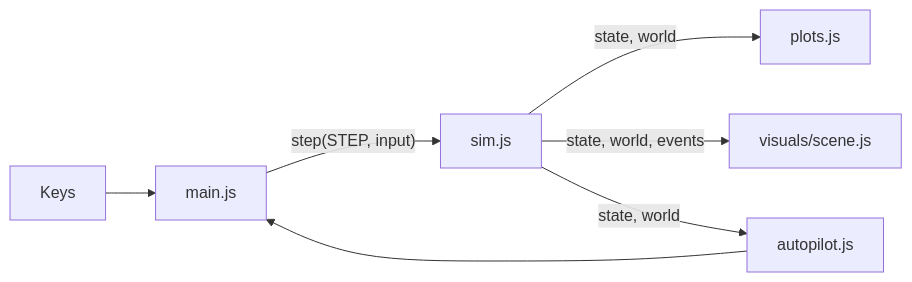
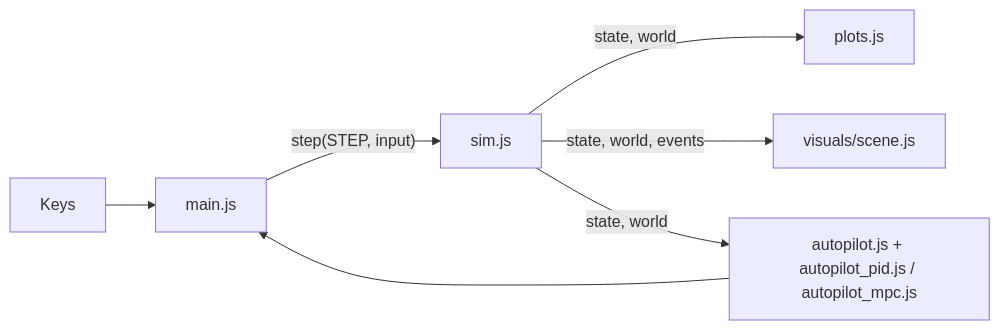
The diagram in src/js/lander/README.md (JulianErskine/julianerskine.github.io), drawn with Mermaid before and after one commit. The commit also changed other lines of this file and 25 other files, not shown here.

````diff
--- a/src/js/lander/README.md
+++ b/src/js/lander/README.md
@@ -10,9 +11,9 @@
 ```mermaid
 flowchart LR
   keys[Keys] --> main
-  ap[autopilot.js] --> main
+  pilot["autopilot.js + autopilot_pid.js / autopilot_mpc.js"] --> main
   main[main.js] -- "step(STEP, input)" --> sim[sim.js]
   sim -- state, world --> plots[plots.js]
   sim -- "state, world, events" --> visuals[visuals/scene.js]
-  sim -- state, world --> ap
+  sim -- state, world --> pilot
 ```
````
